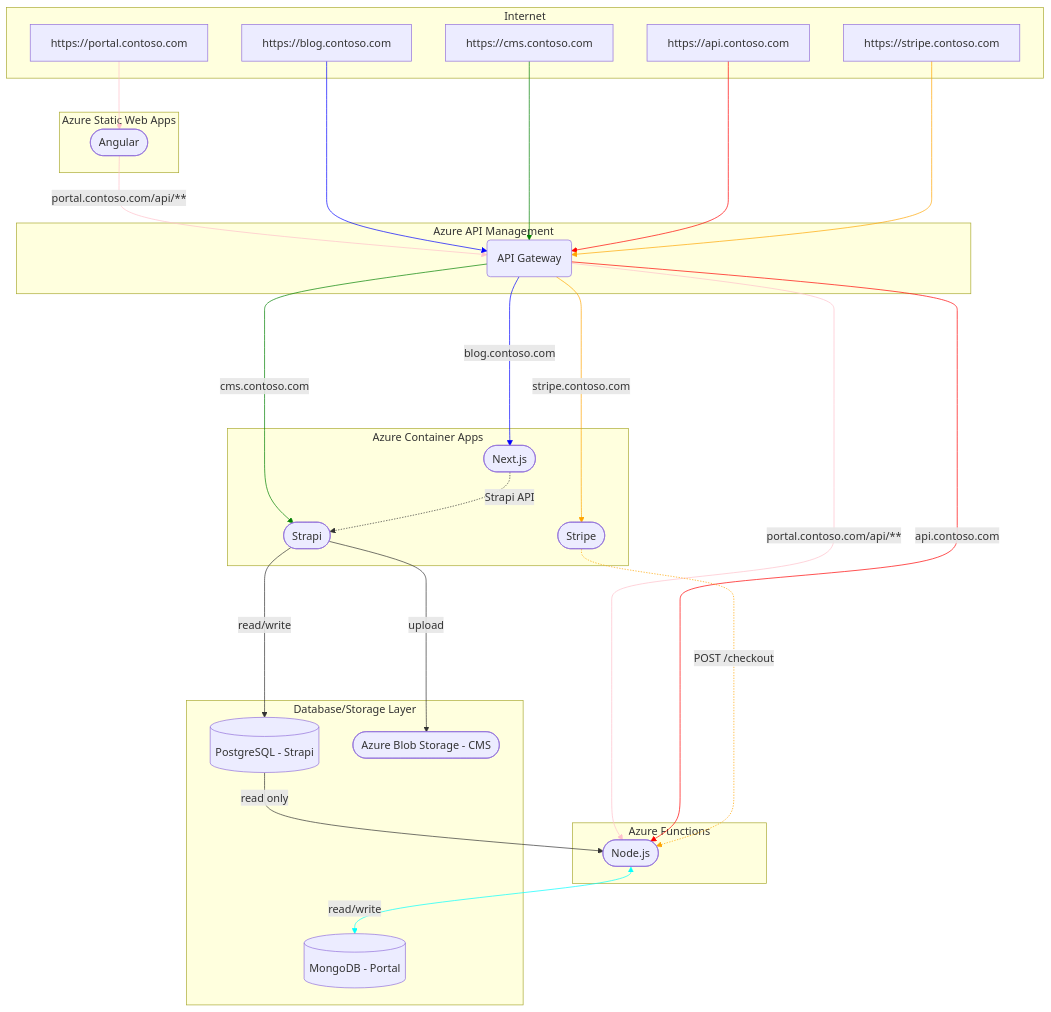
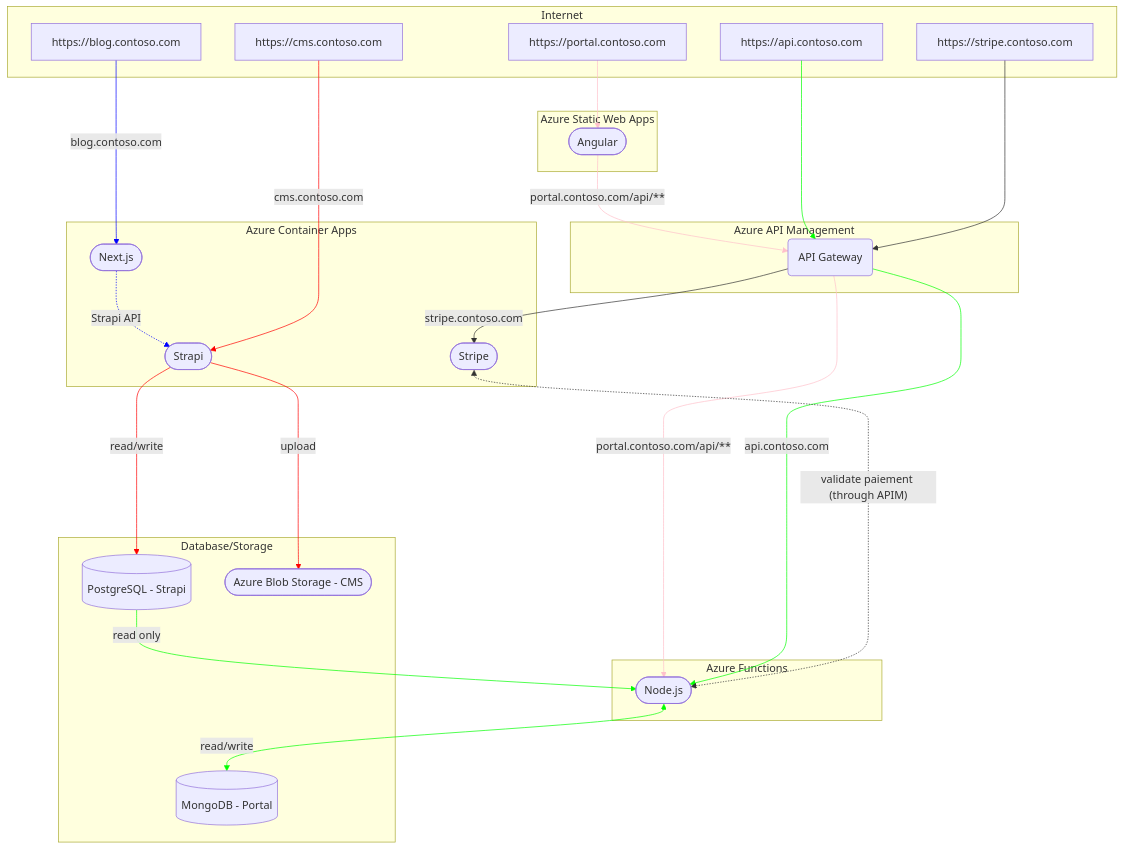
Before and after one commit to Azure-Samples/contoso-real-estate: the diagram in README.md, drawn with Mermaid.

Commit message:
docs: update simplified diagram

````diff
--- a/README.md
+++ b/README.md
@@ -27,76 +27,68 @@
 ```mermaid
 flowchart TD
     %% 
 
     subgraph Internet
     Portal[https://portal.contoso.com]
     Blog[https://blog.contoso.com]
     CMS[https://cms.contoso.com]
     Stripe[https://stripe.contoso.com]
     API[https://api.contoso.com]
     end
     
     subgraph Azure API Management
     APIM(API Gateway)
     end
     
     subgraph Azure Static Web Apps
     SWA_Angular([Angular])
     end 
 
     subgraph Azure Functions
     Functions([Node.js])
     end 
 
     subgraph Azure Container Apps
     ACA_Next([Next.js])
     ACA_Strapi([Strapi])
     ACA_Stripe([Stripe])
     end 
 
-    subgraph Database/Storage Layer
+    subgraph Database/Storage
     DB_PostresSQL[(PostgreSQL - Strapi)]
     DB_Mongo[(MongoDB - Portal)]
     Storage([Azure Blob Storage - CMS])
     end 
 
-    Portal --> SWA_Angular
-    SWA_Angular -- "portal.contoso.com/api/**" --> APIM
+    Portal --> SWA_Angular -- "portal.contoso.com/api/**" --> APIM -- "portal.contoso.com/api/**" --> Functions
+    
+    Blog -- "blog.contoso.com" --> ACA_Next -. "Strapi API" .-> ACA_Strapi
+    
+    CMS -- "cms.contoso.com" --> ACA_Strapi
+    ACA_Strapi -- "read/write" ----> DB_PostresSQL -- "read only" --> Functions
+    ACA_Strapi -- "upload" --> Storage
+    
+    API --> APIM -- "api.contoso.com" --> Functions <-- "read/write" --> DB_Mongo
 
-    Blog & CMS & API --> APIM -- "blog.contoso.com" ----> ACA_Next
-
-    APIM -- "cms.contoso.com" --> ACA_Strapi
-    APIM -- "portal.contoso.com/api/**" --> Functions
-    APIM -- "api.contoso.com" --> Functions
-
-    Stripe ---> APIM -- "stripe.contoso.com" --> ACA_Stripe
-    ACA_Stripe -. "POST /checkout" .-> Functions
-
-    DB_PostresSQL -- "read only" --> Functions 
-    Functions <-- "read/write" --> DB_Mongo
-
-    ACA_Next -. "Strapi API" .-> ACA_Strapi
-
-    ACA_Strapi -- "read/write" ----> DB_PostresSQL
-    ACA_Strapi -- "upload" --> Storage
-
+    Stripe ---> APIM -- "stripe.contoso.com" --> ACA_Stripe <-. "validate paiement (through APIM)" .-> Functions
+    
+    %% Portal
     linkStyle 0 stroke:pink
     linkStyle 1 stroke:pink
-    linkStyle 7 stroke:pink
+    linkStyle 2 stroke:pink
 
-    linkStyle 2 stroke:blue
+    %% Blog
+    linkStyle 3 stroke:blue
+    linkStyle 4 stroke:blue
     linkStyle 5 stroke:blue
     
-    linkStyle 13 stroke:cyan
-
-    linkStyle 3 stroke:green
-    linkStyle 6 stroke:green
-
-    linkStyle 4 stroke:red
+    %% CMS
+    linkStyle 5 stroke:red
+    linkStyle 6 stroke:red
     linkStyle 8 stroke:red
-
-    linkStyle 9 stroke:orange
-    linkStyle 10 stroke:orange
-    linkStyle 11 stroke:orange
     
+    linkStyle 7 stroke:lime
+    linkStyle 9 stroke:lime
+    linkStyle 10 stroke:lime
+    linkStyle 11 stroke:lime
 ```
````
